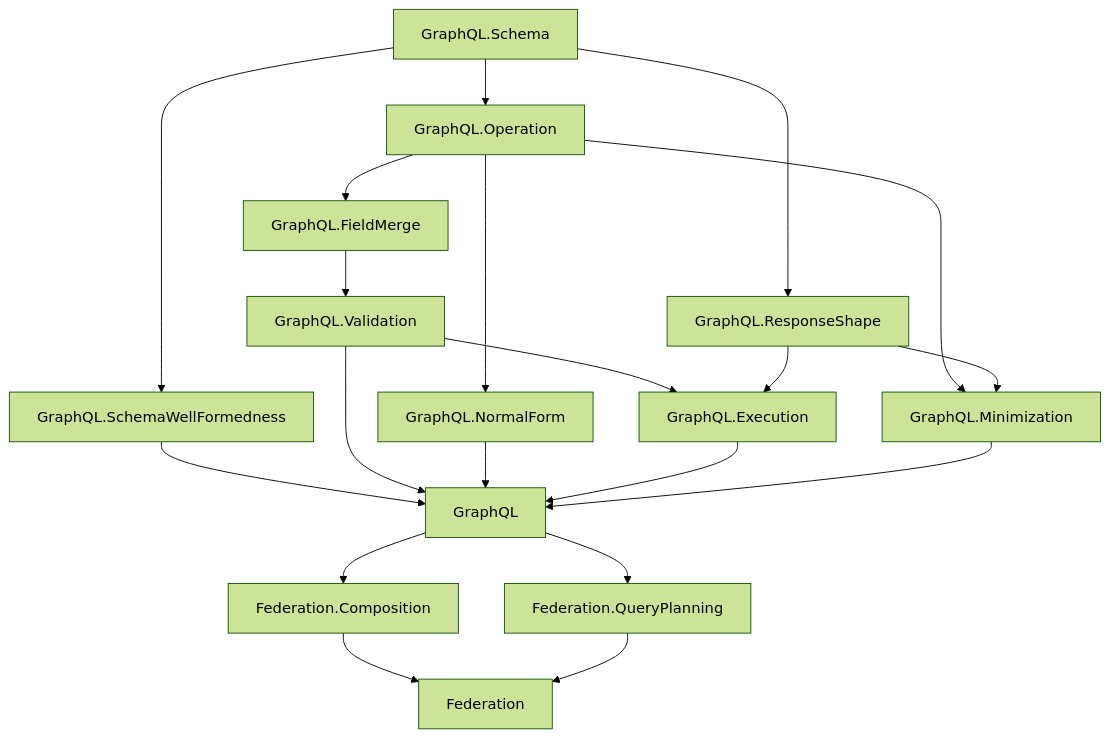
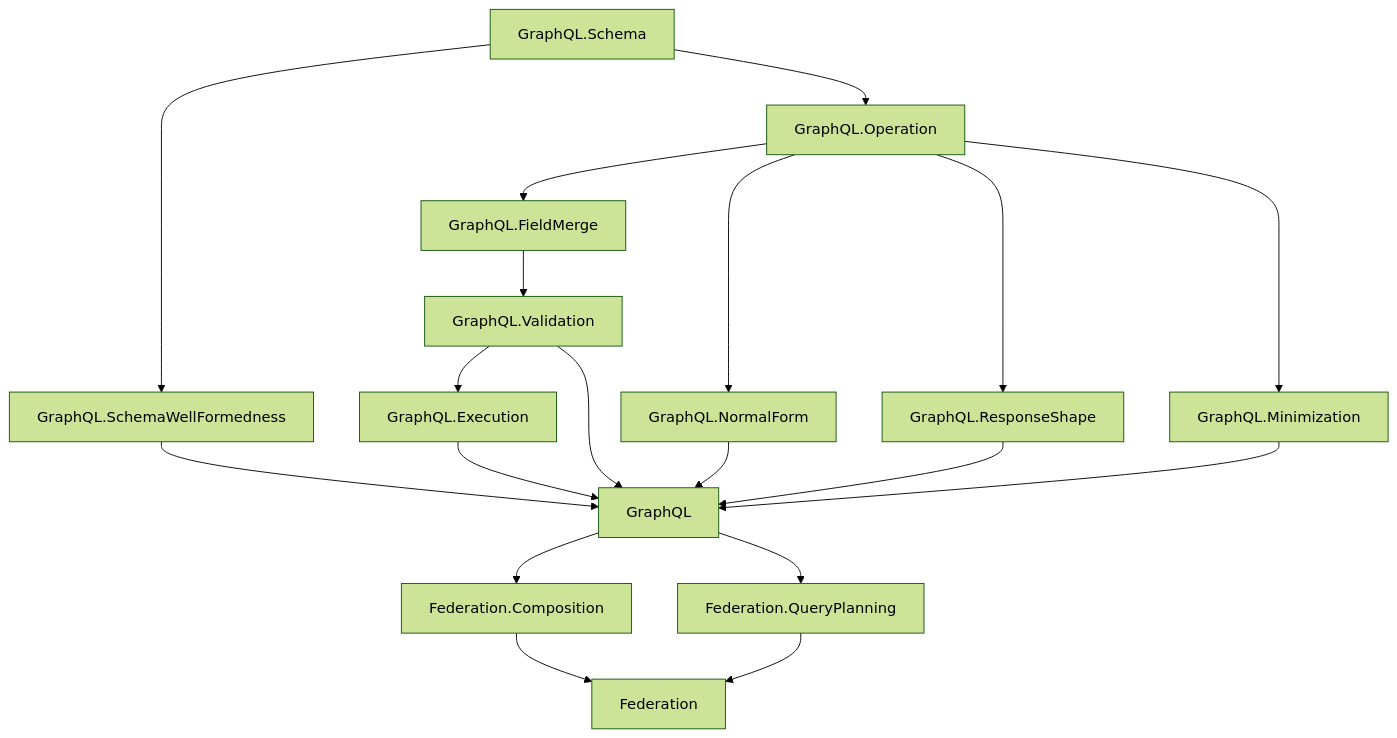
One commit to duckki/GraphQL.lean changed the diagram in docs/overview.md. Above: the diagram before and after it, drawn with Mermaid (forest theme). The commit also changed other lines of this file and 3 other files, not shown here.

Commit message:
Model conditional response shape variants

````diff
--- a/docs/overview.md
+++ b/docs/overview.md
@@ -11,39 +11,38 @@
 ```mermaid
 flowchart TD
   Schema["GraphQL.Schema"]
   SchemaWF["GraphQL.SchemaWellFormedness"]
   Operation["GraphQL.Operation"]
   FieldMerge["GraphQL.FieldMerge"]
   Validation["GraphQL.Validation"]
   NormalForm["GraphQL.NormalForm"]
   ResponseShape["GraphQL.ResponseShape"]
   Execution["GraphQL.Execution"]
   Minimization["GraphQL.Minimization"]
   GraphQLRoot["GraphQL"]
 
   FederationComposition["Federation.Composition"]
   FederationQueryPlanning["Federation.QueryPlanning"]
   FederationRoot["Federation"]
 
   Schema --> SchemaWF
   Schema --> Operation
-  Schema --> ResponseShape
   Operation --> FieldMerge
   FieldMerge --> Validation
   Operation --> NormalForm
   Validation --> Execution
-  ResponseShape --> Execution
+  Operation --> ResponseShape
   Operation --> Minimization
-  ResponseShape --> Minimization
 
   SchemaWF --> GraphQLRoot
   Validation --> GraphQLRoot
   NormalForm --> GraphQLRoot
+  ResponseShape --> GraphQLRoot
   Execution --> GraphQLRoot
   Minimization --> GraphQLRoot
 
   GraphQLRoot --> FederationComposition
   GraphQLRoot --> FederationQueryPlanning
   FederationComposition --> FederationRoot
   FederationQueryPlanning --> FederationRoot
 ```
````
